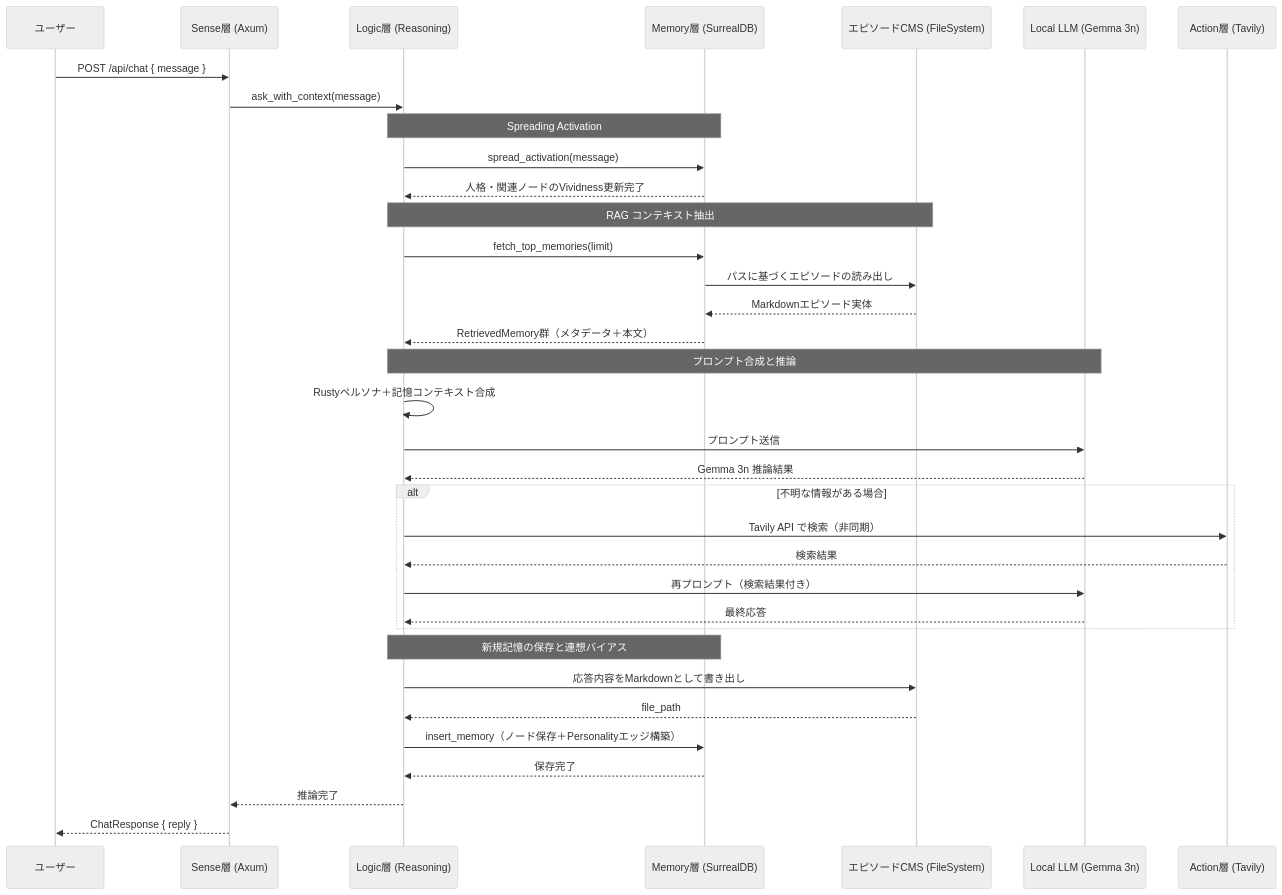
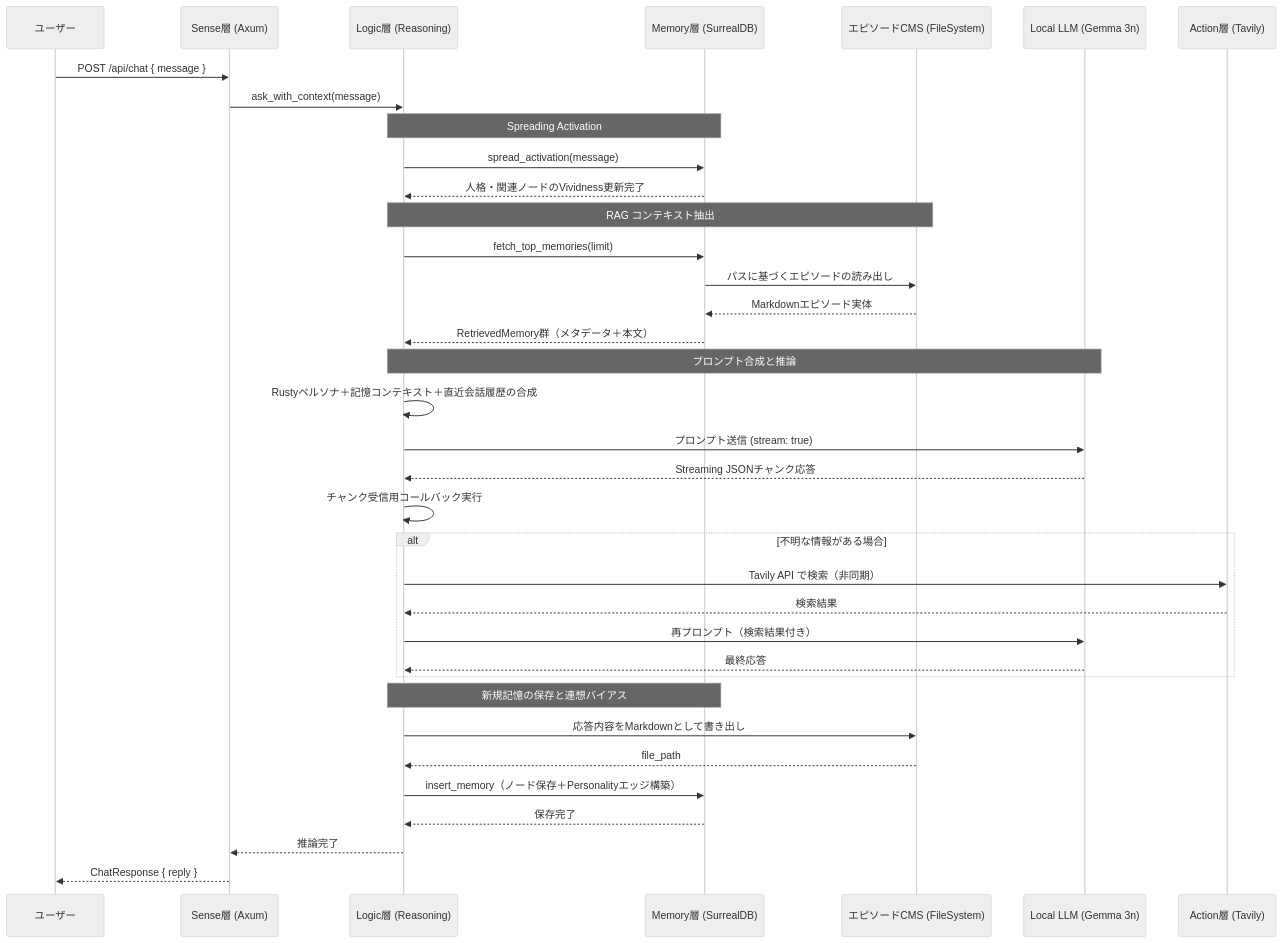
The diagram in .gemini/docs/diagrams/sequence_chat_flow.md (rhsmz/iris), drawn with Mermaid (neutral theme) before and after one commit. The commit also changed 1 other file, not shown here.

Commit message:
docs: フェーズ5の実装内容(履歴管理とStreaming対応)をドキュメントに反映

````diff
--- a/.gemini/docs/diagrams/sequence_chat_flow.md
+++ b/.gemini/docs/diagrams/sequence_chat_flow.md
@@ -9,44 +9,45 @@
 ```mermaid
 sequenceDiagram
     participant User as ユーザー
     participant Axum as Sense層 (Axum)
     participant Logic as Logic層 (Reasoning)
     participant Memory as Memory層 (SurrealDB)
     participant FS as エピソードCMS (FileSystem)
     participant Ollama as Local LLM (Gemma 3n)
     participant Action as Action層 (Tavily)
 
     User->>Axum: POST /api/chat { message }
     Axum->>Logic: ask_with_context(message)
 
     Note over Logic,Memory: Spreading Activation
     Logic->>Memory: spread_activation(message)
     Memory-->>Logic: 人格・関連ノードのVividness更新完了
 
     Note over Logic,FS: RAG コンテキスト抽出
     Logic->>Memory: fetch_top_memories(limit)
     Memory->>FS: パスに基づくエピソードの読み出し
     FS-->>Memory: Markdownエピソード実体
     Memory-->>Logic: RetrievedMemory群（メタデータ＋本文）
 
     Note over Logic,Ollama: プロンプト合成と推論
-    Logic->>Logic: Rustyペルソナ＋記憶コンテキスト合成
-    Logic->>Ollama: プロンプト送信
-    Ollama-->>Logic: Gemma 3n 推論結果
+    Logic->>Logic: Rustyペルソナ＋記憶コンテキスト＋直近会話履歴の合成
+    Logic->>Ollama: プロンプト送信 (stream: true)
+    Ollama-->>Logic: Streaming JSONチャンク応答
+    Logic->>Logic: チャンク受信用コールバック実行
 
     alt 不明な情報がある場合
         Logic->>Action: Tavily API で検索（非同期）
         Action-->>Logic: 検索結果
         Logic->>Ollama: 再プロンプト（検索結果付き）
         Ollama-->>Logic: 最終応答
     end
 
     Note over Logic,Memory: 新規記憶の保存と連想バイアス
     Logic->>FS: 応答内容をMarkdownとして書き出し
     FS-->>Logic: file_path
     Logic->>Memory: insert_memory（ノード保存＋Personalityエッジ構築）
     Memory-->>Logic: 保存完了
 
     Logic-->>Axum: 推論完了
     Axum-->>User: ChatResponse { reply }
 ```
````
